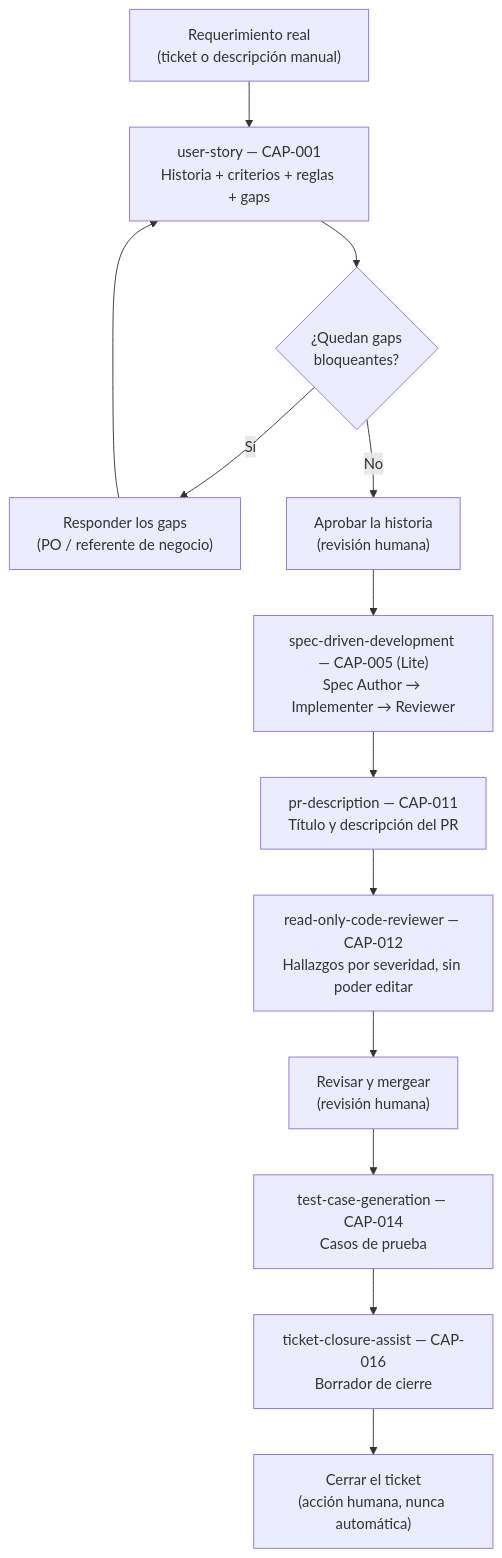
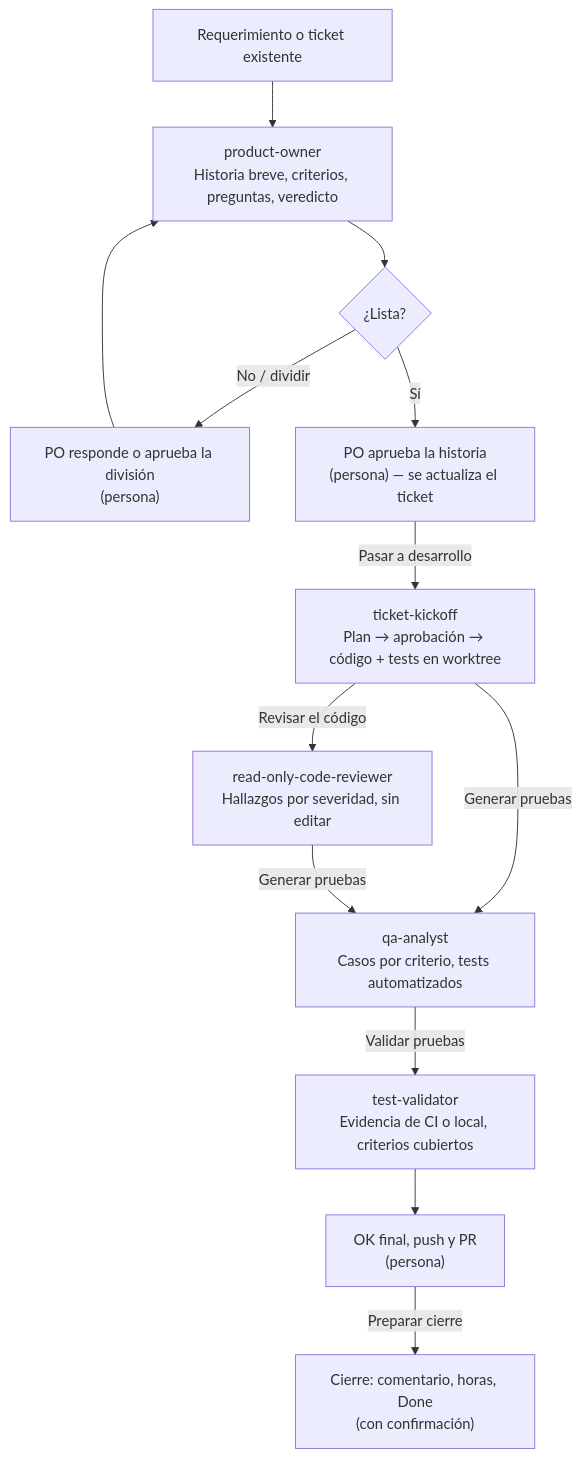
The first of 2 diagrams in golden-paths/README.md (elmercharrebaufest/MOA-AI-Engineering), drawn with Mermaid before and after one commit. The commit also changed other lines of this file and 44 other files, not shown here.

First line of the commit message:
SDLC por roles con traspasos guiados, escritura en tickets y tests en CI

````diff
--- a/golden-paths/README.md
+++ b/golden-paths/README.md
@@ -27,15 +27,15 @@
 ```mermaid
 flowchart TD
-    A["Requerimiento real<br/>(ticket o descripción manual)"] --> B["user-story — CAP-001<br/>Historia + criterios + reglas + gaps"]
-    B --> C{"¿Quedan gaps<br/>bloqueantes?"}
-    C -->|"Sí"| D["Responder los gaps<br/>(PO / referente de negocio)"]
+    A["Requerimiento o ticket existente"] --> B["product-owner<br/>Historia breve, criterios, preguntas, veredicto"]
+    B --> C{"¿Lista?"}
+    C -->|"No / dividir"| D["PO responde o aprueba la división<br/>(persona)"]
     D --> B
-    C -->|"No"| E["Aprobar la historia<br/>(revisión humana)"]
-    E --> F["spec-driven-development — CAP-005 (Lite)<br/>Spec Author → Implementer → Reviewer"]
-    F --> G["pr-description — CAP-011<br/>Título y descripción del PR"]
-    G --> H["read-only-code-reviewer — CAP-012<br/>Hallazgos por severidad, sin poder editar"]
-    H --> I["Revisar y mergear<br/>(revisión humana)"]
-    I --> J["test-case-generation — CAP-014<br/>Casos de prueba"]
-    J --> K["ticket-closure-assist — CAP-016<br/>Borrador de cierre"]
-    K --> L["Cerrar el ticket<br/>(acción humana, nunca automática)"]
+    C -->|"Sí"| E["PO aprueba la historia<br/>(persona) — se actualiza el ticket"]
+    E -->|"Pasar a desarrollo"| F["ticket-kickoff<br/>Plan → aprobación → código + tests en worktree"]
+    F -->|"Revisar el código"| G["read-only-code-reviewer<br/>Hallazgos por severidad, sin editar"]
+    F -->|"Generar pruebas"| H
+    G -->|"Generar pruebas"| H["qa-analyst<br/>Casos por criterio, tests automatizados"]
+    H -->|"Validar pruebas"| I["test-validator<br/>Evidencia de CI o local, criterios cubiertos"]
+    I --> J["OK final, push y PR<br/>(persona)"]
+    J -->|"Preparar cierre"| K["Cierre: comentario, horas, Done<br/>(con confirmación)"]
 ```
````
